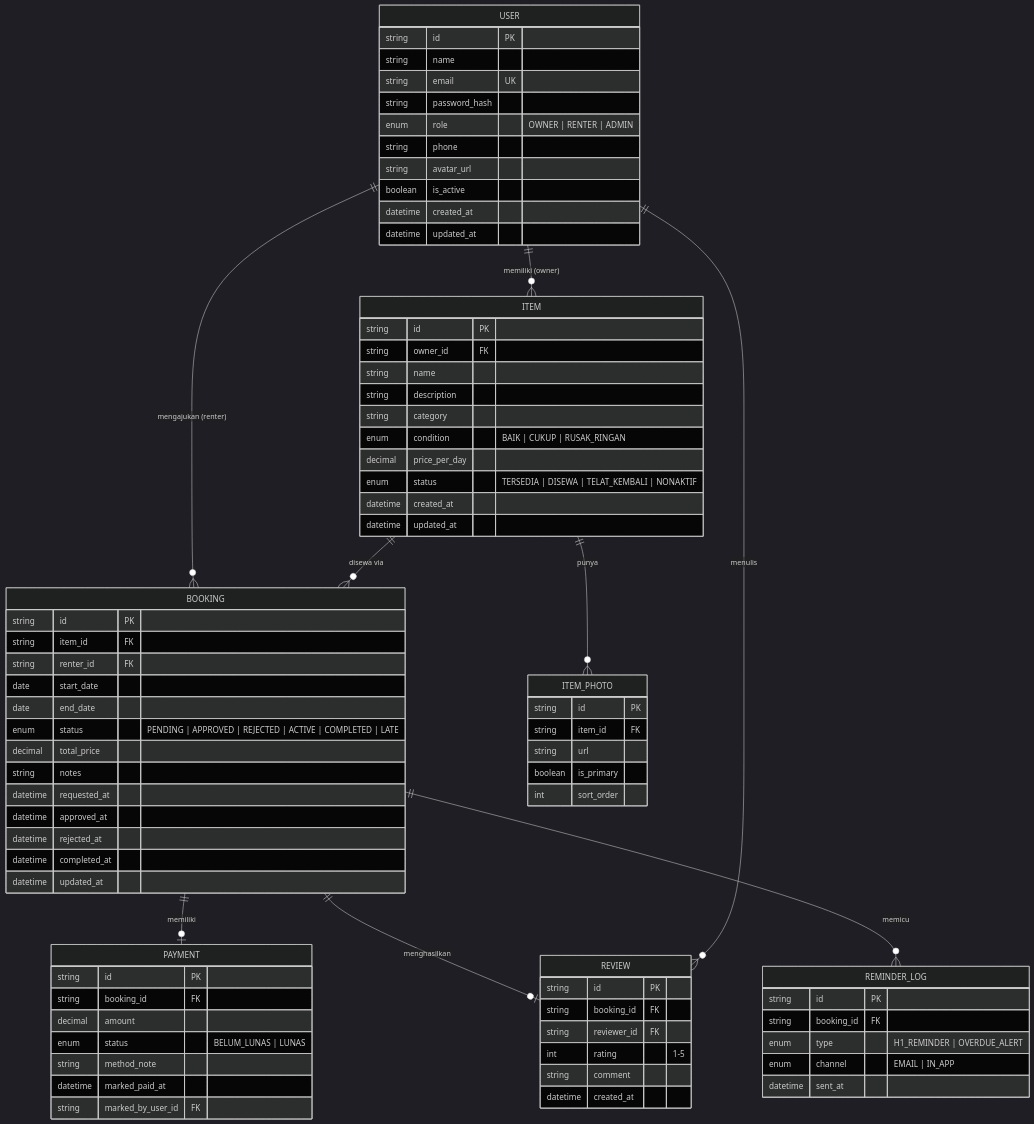
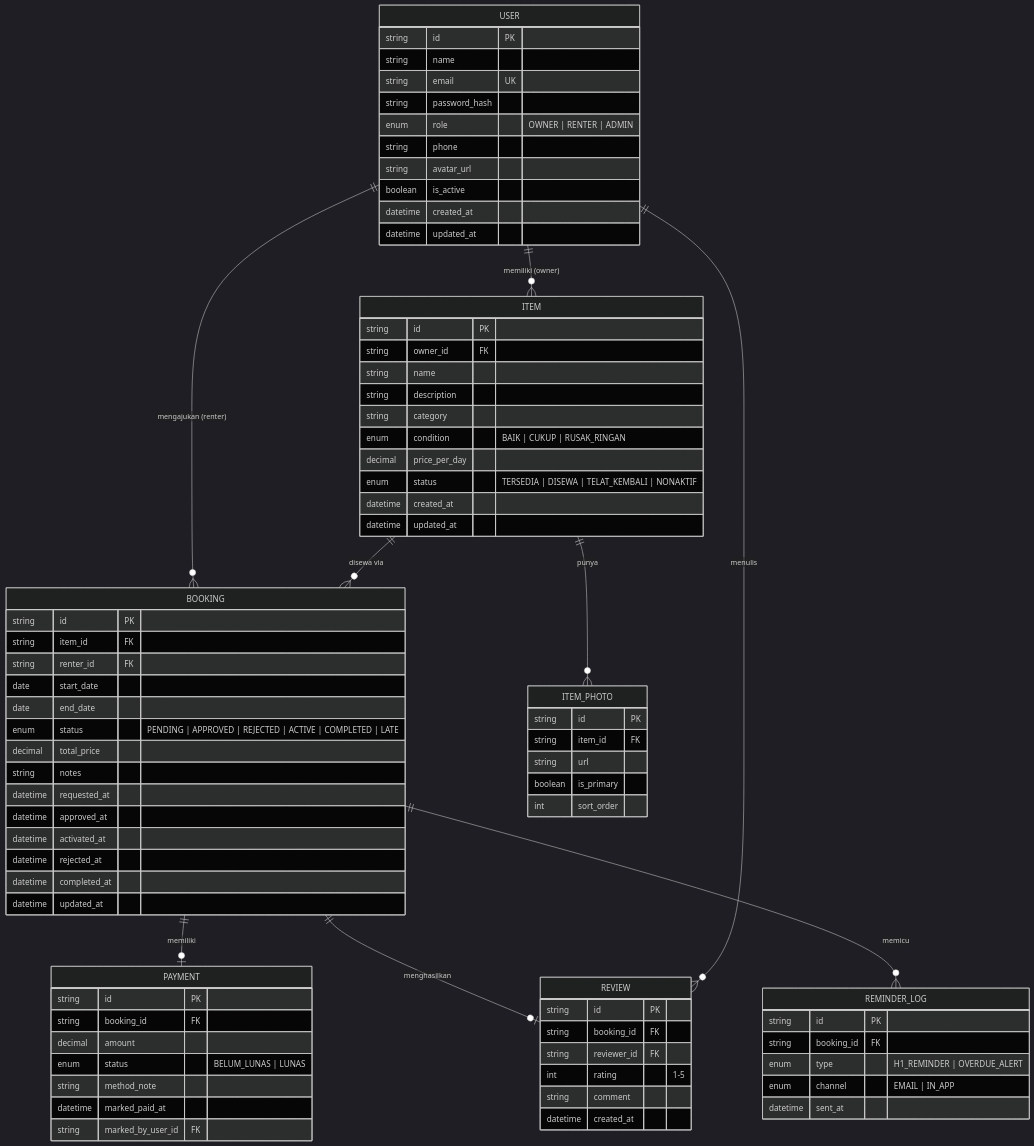
One commit to rzkykamil/RentalSewa-Barang-Tracker changed the diagram in docs/database-design.md. Above: the diagram before and after it, drawn with Mermaid (dark theme). The commit also changed other lines of this file and 19 other files, not shown here.

Commit message:
feat(bookings): implement Booking schema, BR1/BR2 service layer, and CRUD/status endpoints

```diff
--- a/docs/database-design.md
+++ b/docs/database-design.md
@@ -60,6 +60,7 @@
         string notes
         datetime requested_at
         datetime approved_at
+        datetime activated_at
         datetime rejected_at
         datetime completed_at
         datetime updated_at
```
